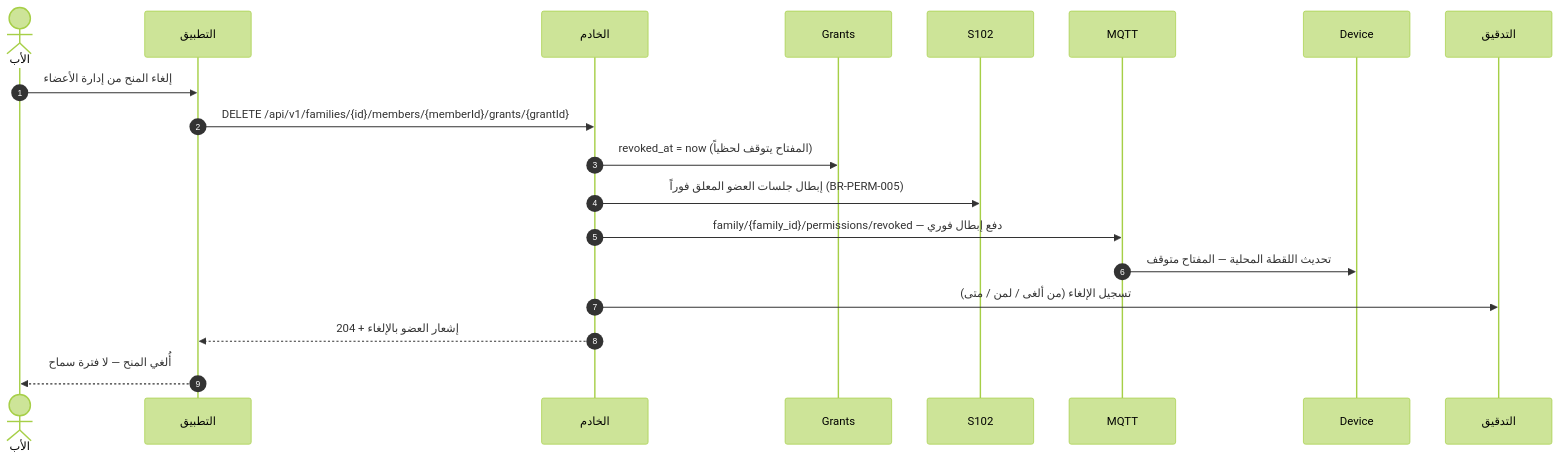
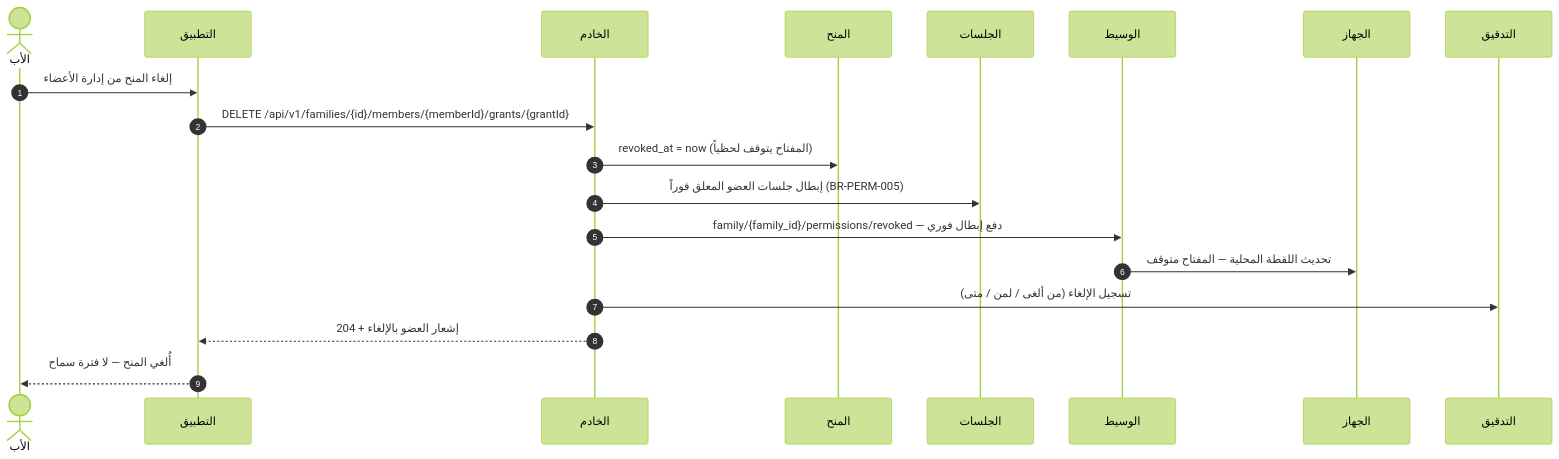
One commit to Bassam-mohammed-alqaeadi/family-os-v2 changed the sixth of 14 diagrams in docs/family-os/governance/phases/phase-1/S1-03-family-roles-and-permissions/DIAGRAMS.md. Above: the diagram before and after it, drawn with Mermaid (forest theme). The commit also changed other lines of this file and 1 other file, not shown here.

````diff
--- a/docs/family-os/governance/phases/phase-1/S1-03-family-roles-and-permissions/DIAGRAMS.md
+++ b/docs/family-os/governance/phases/phase-1/S1-03-family-roles-and-permissions/DIAGRAMS.md
@@ -295,21 +314,21 @@
 ```mermaid
 sequenceDiagram
     autonumber
     actor Father as الأب
     participant App as التطبيق
     participant Ktor as الخادم
-    participant المنح as Grants
-    participant الجلسات as S102
-    participant الوسيط as MQTT
-    participant الجهاز as Device
+    participant Grants as المنح
+    participant S102 as الجلسات
+    participant MQTT as الوسيط
+    participant Device as الجهاز
     participant Audit as التدقيق
     Father->>App: إلغاء المنح من إدارة الأعضاء
     App->>Ktor: DELETE /api/v1/families/{id}/members/{memberId}/grants/{grantId}
-    Ktor->>المنح: revoked_at = now (المفتاح يتوقف لحظياً)
-    Ktor->>الجلسات: إبطال جلسات العضو المعلق فوراً (BR-PERM-005)
-    Ktor->>الوسيط: family/{family_id}/permissions/revoked — دفع إبطال فوري
-    الوسيط->>الجهاز: تحديث اللقطة المحلية — المفتاح متوقف
+    Ktor->>Grants: revoked_at = now (المفتاح يتوقف لحظياً)
+    Ktor->>S102: إبطال جلسات العضو المعلق فوراً (BR-PERM-005)
+    Ktor->>MQTT: family/{family_id}/permissions/revoked — دفع إبطال فوري
+    MQTT->>Device: تحديث اللقطة المحلية — المفتاح متوقف
     Ktor->>Audit: تسجيل الإلغاء (من ألغى / لمن / متى)
     Ktor-->>App: 204 + إشعار العضو بالإلغاء
     App-->>Father: أُلغي المنح — لا فترة سماح
 ```
````
